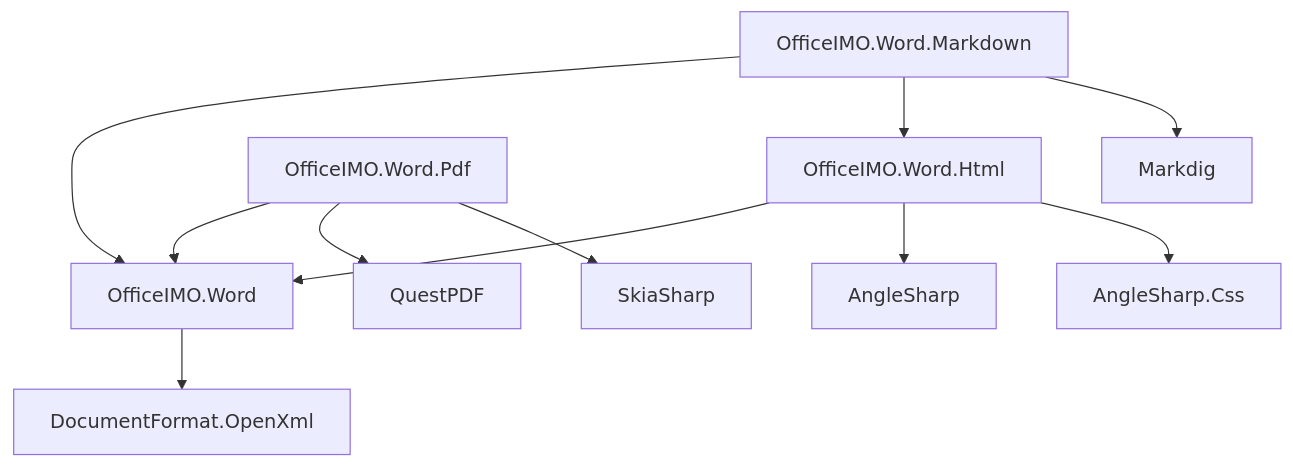
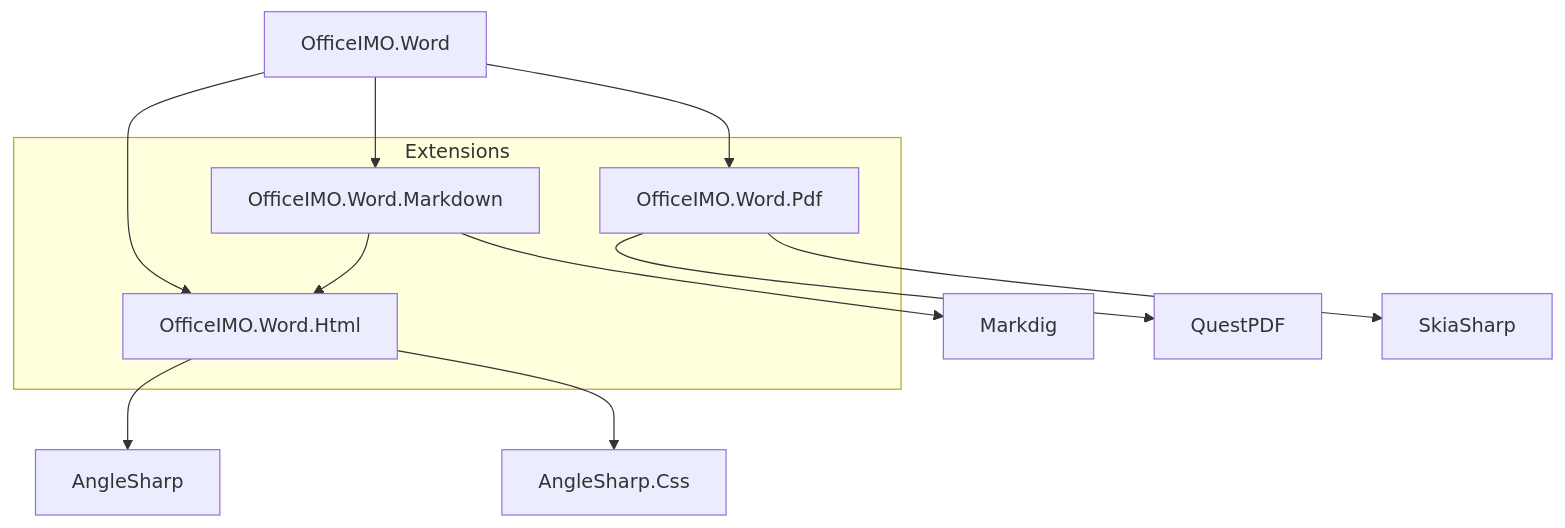
The first of 4 diagrams in README.md (EvotecIT/OfficeIMO), drawn with Mermaid before and after one commit. The commit also changed other lines of this file and 4 other files, not shown here.

````diff
--- a/README.md
+++ b/README.md
@@ -55,29 +55,31 @@
 ```mermaid
-flowchart TD
+flowchart TB
   WCore[OfficeIMO.Word]
-  WHtml[OfficeIMO.Word.Html]
-  WMd[OfficeIMO.Word.Markdown]
-  WPdf[OfficeIMO.Word.Pdf]
+  subgraph Extensions
+    WHtml[OfficeIMO.Word.Html]
+    WMd[OfficeIMO.Word.Markdown]
+    WPdf[OfficeIMO.Word.Pdf]
+  end
 
-  OXml[DocumentFormat.OpenXml]
+  %% External deps
   Angle[AngleSharp]
   AngleCss[AngleSharp.Css]
   Markdig[Markdig]
   Quest[QuestPDF]
   Skia[SkiaSharp]
 
-  %% OfficeIMO package relationships
-  WHtml --> WCore
-  WMd --> WCore
-  %% Word.Markdown currently references Word.Html in this repo
+  %% Core to extensions (install these when you need that capability)
+  WCore --> WHtml
+  WCore --> WMd
+  WCore --> WPdf
+
+  %% Extension uses
   WMd --> WHtml
-  WPdf --> WCore
 
-  %% External dependencies
-  WCore --> OXml
+  %% External dependencies per extension
   WHtml --> Angle
   WHtml --> AngleCss
   WMd   --> Markdig
   WPdf  --> Quest
   WPdf  --> Skia
 ```
````
